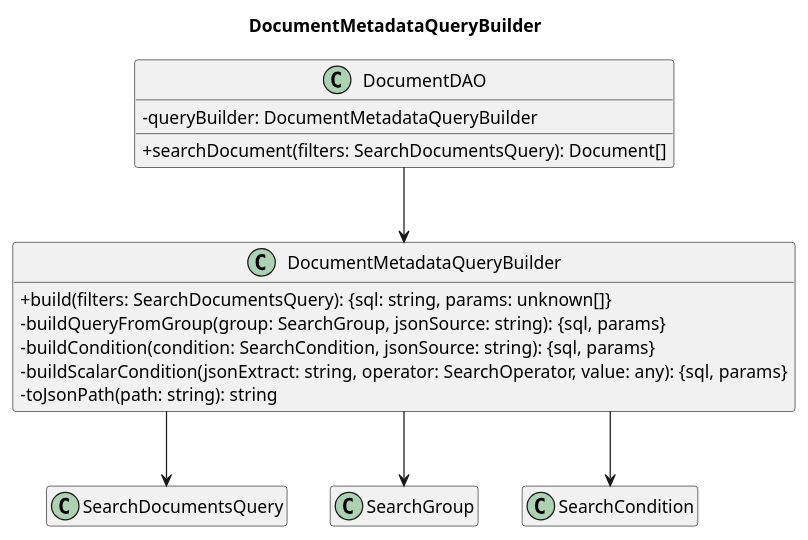
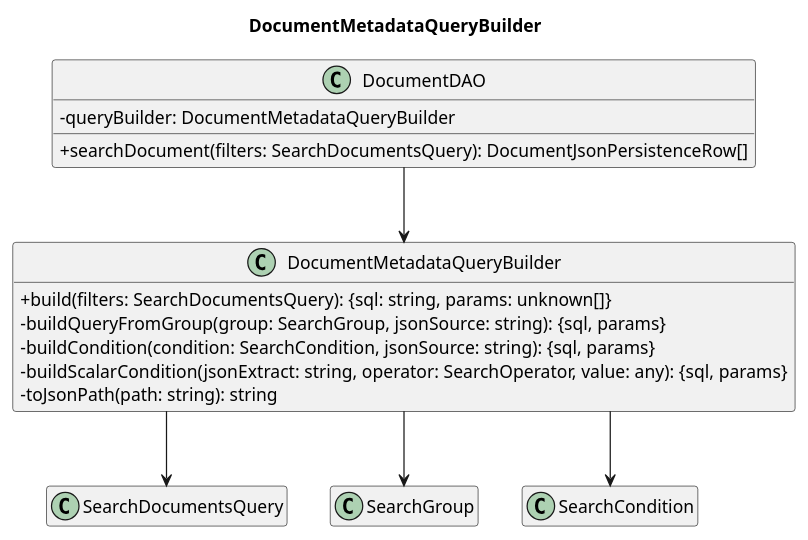
Before and after one commit to 7-ZPUs/Docs: the tenth of 15 diagrams in 3_PB/DocumentiEsterni/DiagrammiSpecificaTecnica/C4/C4_backend_Search.puml, drawn with PlantUML. The commit also changed other lines of this file and 7 other files, not shown here.

```diff
--- a/3_PB/DocumentiEsterni/DiagrammiSpecificaTecnica/C4/C4_backend_Search.puml
+++ b/3_PB/DocumentiEsterni/DiagrammiSpecificaTecnica/C4/C4_backend_Search.puml
@@ -298,25 +281,25 @@
 @startuml
 title DocumentMetadataQueryBuilder
 
 skinparam classAttributeIconSize 0
 skinparam linetype ortho
 hide empty members
 
 class DocumentDAO {
     - queryBuilder: DocumentMetadataQueryBuilder
-    + searchDocument(filters: SearchDocumentsQuery): Document[]
+    + searchDocument(filters: SearchDocumentsQuery): DocumentJsonPersistenceRow[]
 }
 class DocumentMetadataQueryBuilder {
     + build(filters: SearchDocumentsQuery): {sql: string, params: unknown[]}
     - buildQueryFromGroup(group: SearchGroup, jsonSource: string): {sql, params}
     - buildCondition(condition: SearchCondition, jsonSource: string): {sql, params}
     - buildScalarCondition(jsonExtract: string, operator: SearchOperator, value: any): {sql, params}
     - toJsonPath(path: string): string
 }
 
 DocumentDAO --> DocumentMetadataQueryBuilder
 DocumentMetadataQueryBuilder --> SearchDocumentsQuery
 DocumentMetadataQueryBuilder --> SearchGroup
 DocumentMetadataQueryBuilder --> SearchCondition
 
 @enduml
```
